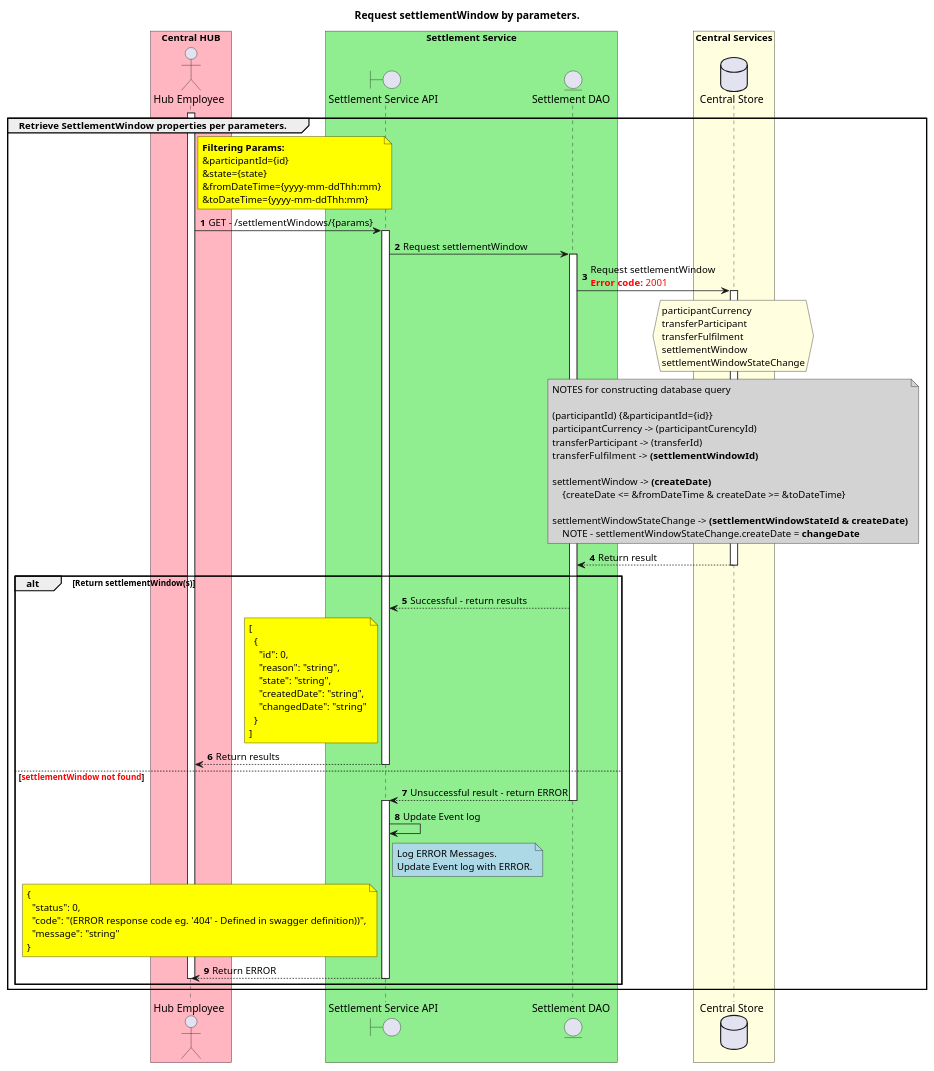
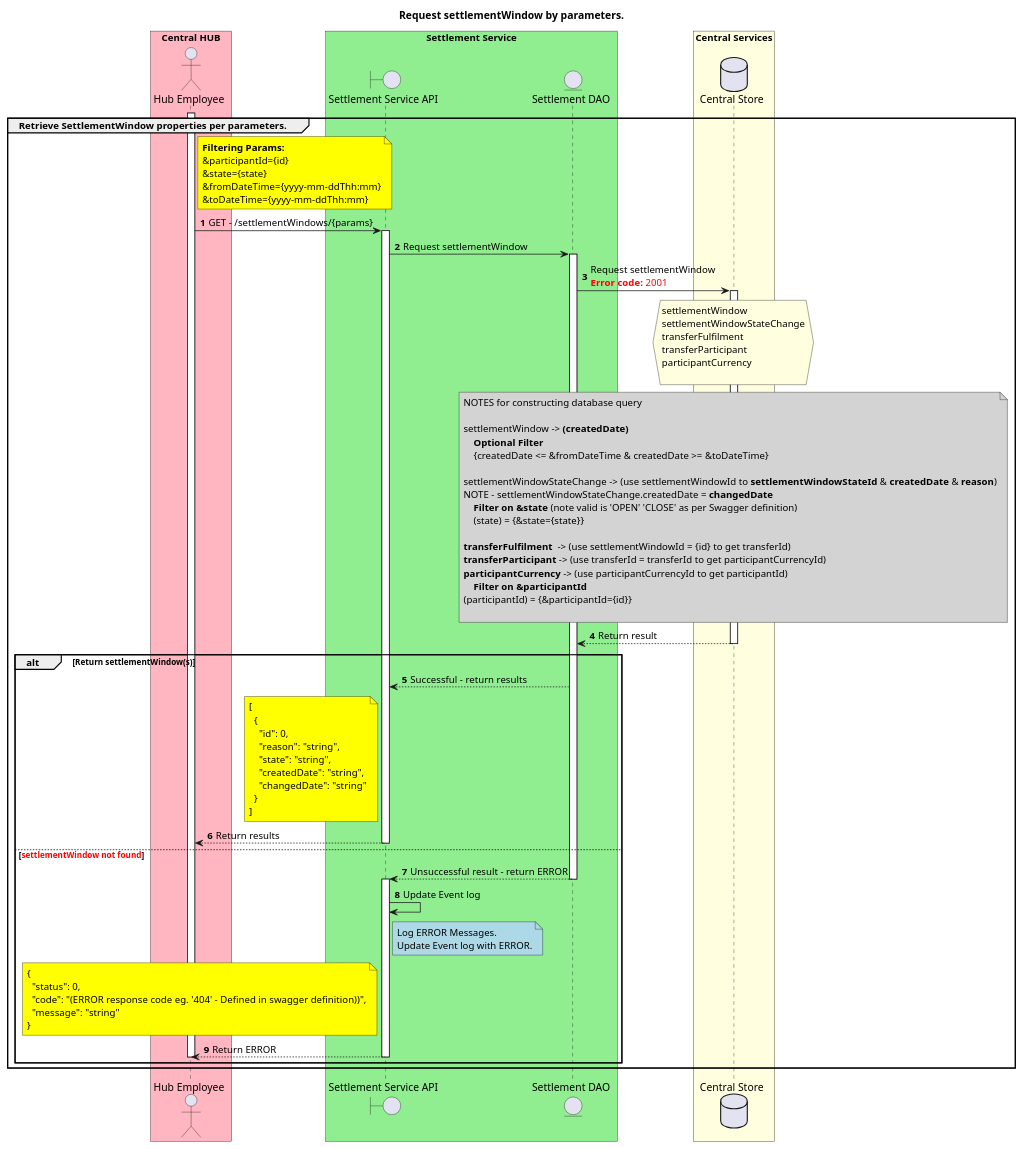
The diagram in CentralServices/seq_diagrams/seq-settleWindow-6.1.3.plantuml (HenkKodde/docs), drawn with PlantUML before and after one commit. The commit also changed 7 other files, not shown here.

```diff
--- a/CentralServices/seq_diagrams/seq-settleWindow-6.1.3.plantuml
+++ b/CentralServices/seq_diagrams/seq-settleWindow-6.1.3.plantuml
@@ -1,105 +1,111 @@
 @startuml
 ' declate title
 title Request settlementWindow by parameters.
 '6.1.3. getSettlementWindowByParams GET: /settlementWindows
 
 autonumber
 ' declare actors
 
 actor "Hub Employee" as OPERATOR
 
 boundary "Settlement Service API" as SSAPI
 entity "Settlement DAO" as SETTLE_DAO
 
 database "Central Store" as DB
 
 box "Central HUB" #LightPink
     participant OPERATOR
 end box
 
 box "Settlement Service" #LightGreen
     participant SSAPI
     participant SETTLE_DAO
 end box
 
 box "Central Services" #LightYellow
     participant DB
 end box
 
 ' start flow
 
 group Retrieve SettlementWindow properties per parameters.
     activate OPERATOR
     note right of OPERATOR #Yellow
         **Filtering Params:**
         &participantId={id}
         &state={state}
         &fromDateTime={yyyy-mm-ddThh:mm}
         &toDateTime={yyyy-mm-ddThh:mm}
     end note
     OPERATOR -> SSAPI: GET - /settlementWindows/{params}
     activate SSAPI
     SSAPI -> SETTLE_DAO: Request settlementWindow
     activate SETTLE_DAO
     SETTLE_DAO -> DB: Request settlementWindow \n<color #FF0000><b>Error code:</b> 2001</color>
     activate DB
     hnote over DB #LightYellow
-        participantCurrency
-        transferParticipant
-        transferFulfilment
         settlementWindow
         settlementWindowStateChange
+        transferFulfilment
+        transferParticipant
+        participantCurrency
+
     end hnote
     note over DB #LightGray
         NOTES for constructing database query
 
-        (participantId) {&participantId={id}}
-        participantCurrency -> (participantCurencyId)
-        transferParticipant -> (transferId)
-        transferFulfilment  -> **(settlementWindowId)**
+        settlementWindow -> **(createdDate)**
+            **Optional Filter**
+            {createdDate <= &fromDateTime & createdDate >= &toDateTime}
 
-        settlementWindow -> **(createDate)**
-            {createDate <= &fromDateTime & createDate >= &toDateTime}
+        settlementWindowStateChange -> (use settlementWindowId to **settlementWindowStateId** & **createdDate** & **reason**)
+        NOTE - settlementWindowStateChange.createdDate = **changedDate**
+            **Filter on &state** (note valid is 'OPEN' 'CLOSE' as per Swagger definition)
+            (state) = {&state={state}}
 
-        settlementWindowStateChange -> **(settlementWindowStateId & createDate)**
-            NOTE - settlementWindowStateChange.createDate = **changeDate**
+        **transferFulfilment**  -> (use settlementWindowId = {id} to get transferId)
+        **transferParticipant** -> (use transferId = transferId to get participantCurrencyId)
+        **participantCurrency** -> (use participantCurrencyId to get participantId)
+            **Filter on &participantId**
+        (participantId) = {&participantId={id}}
+
     end note
     SETTLE_DAO <-- DB: Return result
     deactivate DB
     alt Return settlementWindow(s)
         SSAPI <-- SETTLE_DAO: Successful - return results
         note left of SSAPI #Yellow
           [
             {
               "id": 0,
               "reason": "string",
               "state": "string",
               "createdDate": "string",
               "changedDate": "string"
             }
           ]
         end note
         OPERATOR <-- SSAPI: Return results
         deactivate SSAPI
     else <color #FF0000><b>settlementWindow not found</b></color>
         SSAPI <-- SETTLE_DAO: Unsuccessful result - return ERROR
         deactivate SETTLE_DAO
         activate SSAPI
         SSAPI -> SSAPI: Update Event log
         note right of SSAPI #LightBlue
             Log ERROR Messages.
             Update Event log with ERROR.
         end note
         note left of SSAPI #Yellow
             {
               "status": 0,
               "code": "(ERROR response code eg. '404' - Defined in swagger definition))",
               "message": "string"
             }
         end note
         OPERATOR <-- SSAPI: Return ERROR
         deactivate SSAPI
     deactivate OPERATOR
     end
 end
 @enduml
```
